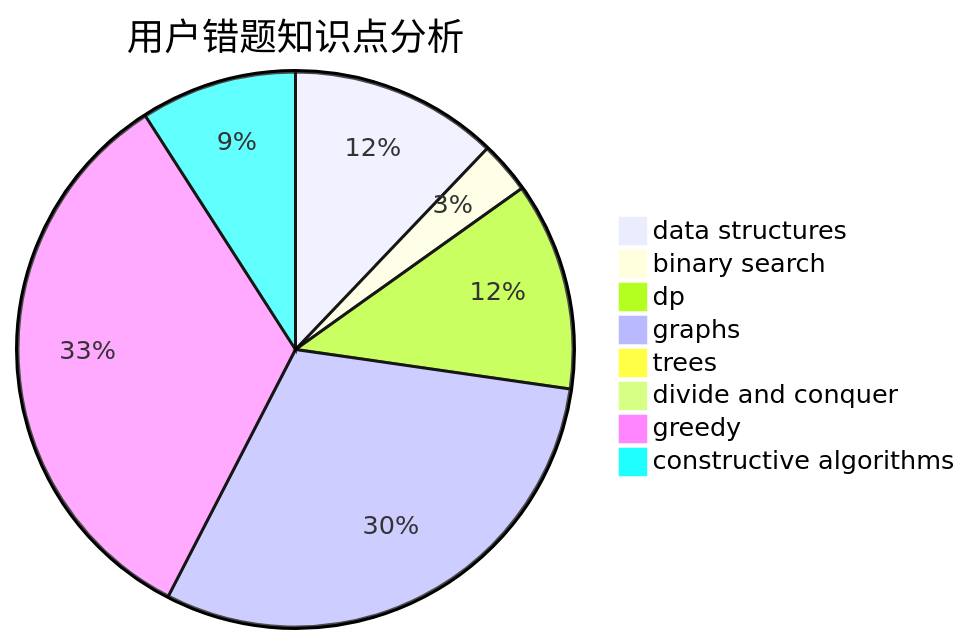
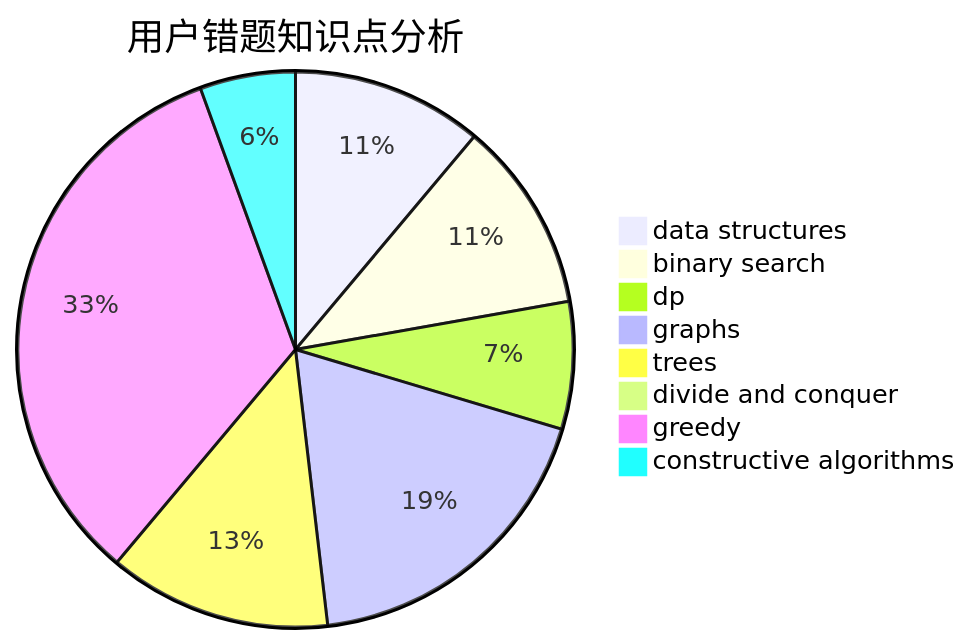
One commit to sherpahu/cfrs.github.io changed the third of 3 diagrams in docs/user/u1946.md. Above: the diagram before and after it, drawn with Mermaid. The commit also changed other lines of this file and 2770 other files, not shown here.

````diff
--- a/docs/user/u1946.md
+++ b/docs/user/u1946.md
@@ -36,11 +36,11 @@
 ```mermaid
 pie title 用户错题知识点分析
-    "data structures" :  4
-    "binary search" :  1
+    "data structures" :  6
+    "binary search" :  6
     "dp" :  4
     "graphs" :  10
-    "trees" :  0
+    "trees" :  7
     "divide and conquer" :  0
-    "greedy" :  11
+    "greedy" :  18
     "constructive algorithms" :  3
 ```
````
